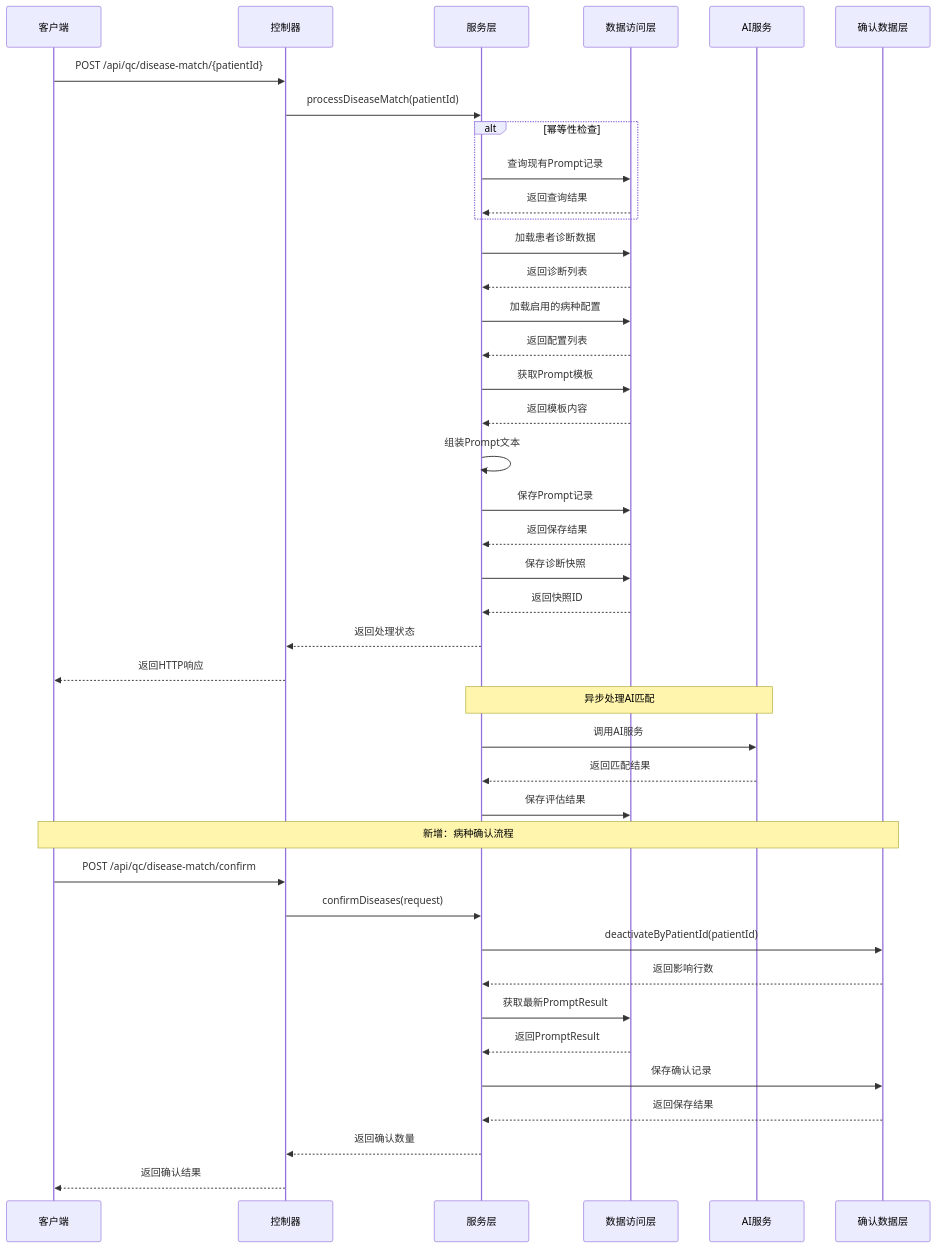
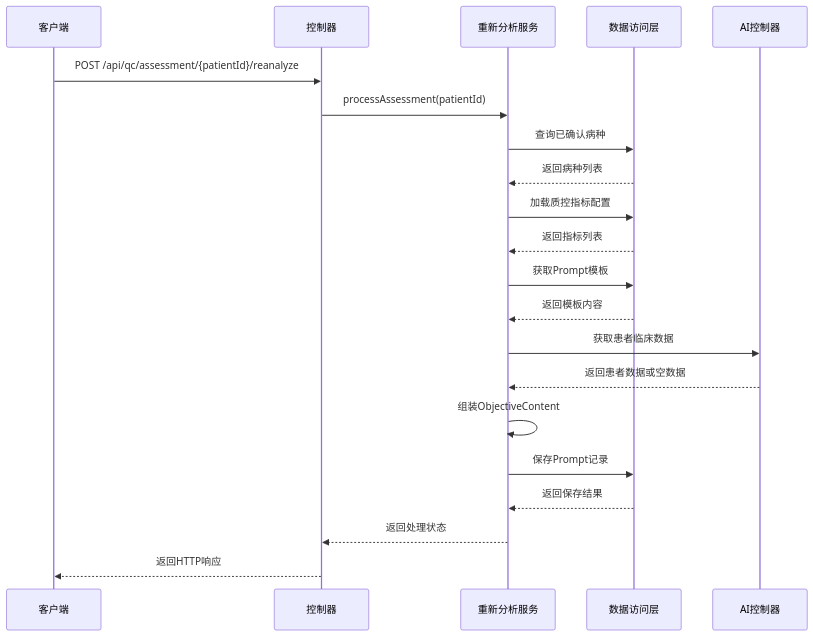
The fourth of 11 diagrams in .qoder/repowiki/zh/content/QC评估引擎.md (liuzh2008/med_ai_assistant_workspace), drawn with Mermaid before and after one commit. The commit also changed other lines of this file and 5 other files, not shown here.

````diff
--- a/.qoder/repowiki/zh/content/QC评估引擎.md
+++ b/.qoder/repowiki/zh/content/QC评估引擎.md
@@ -250,43 +258,23 @@
 ```mermaid
 sequenceDiagram
 participant Client as 客户端
 participant Controller as 控制器
-participant Service as 服务层
+participant Service as 重新分析服务
 participant Repo as 数据访问层
-participant AI as AI服务
-participant ConfirmRepo as 确认数据层
-Client->>Controller : POST /api/qc/disease-match/{patientId}
-Controller->>Service : processDiseaseMatch(patientId)
-alt 幂等性检查
-Service->>Repo : 查询现有Prompt记录
-Repo-->>Service : 返回查询结果
-end
-Service->>Repo : 加载患者诊断数据
-Repo-->>Service : 返回诊断列表
-Service->>Repo : 加载启用的病种配置
-Repo-->>Service : 返回配置列表
+participant AI as AI控制器
+Client->>Controller : POST /api/qc/assessment/{patientId}/reanalyze
+Controller->>Service : processAssessment(patientId)
+Service->>Repo : 查询已确认病种
+Repo-->>Service : 返回病种列表
+Service->>Repo : 加载质控指标配置
+Repo-->>Service : 返回指标列表
 Service->>Repo : 获取Prompt模板
 Repo-->>Service : 返回模板内容
-Service->>Service : 组装Prompt文本
+Service->>AI : 获取患者临床数据
+AI-->>Service : 返回患者数据或空数据
+Service->>Service : 组装ObjectiveContent
 Service->>Repo : 保存Prompt记录
 Repo-->>Service : 返回保存结果
-Service->>Repo : 保存诊断快照
-Repo-->>Service : 返回快照ID
 Service-->>Controller : 返回处理状态
 Controller-->>Client : 返回HTTP响应
-Note over Service,AI : 异步处理AI匹配
-Service->>AI : 调用AI服务
-AI-->>Service : 返回匹配结果
-Service->>Repo : 保存评估结果
-Note over Client,ConfirmRepo : 新增：病种确认流程
-Client->>Controller : POST /api/qc/disease-match/confirm
-Controller->>Service : confirmDiseases(request)
-Service->>ConfirmRepo : deactivateByPatientId(patientId)
-ConfirmRepo-->>Service : 返回影响行数
-Service->>Repo : 获取最新PromptResult
-Repo-->>Service : 返回PromptResult
-Service->>ConfirmRepo : 保存确认记录
-ConfirmRepo-->>Service : 返回保存结果
-Service-->>Controller : 返回确认数量
-Controller-->>Client : 返回确认结果
 ```
````
